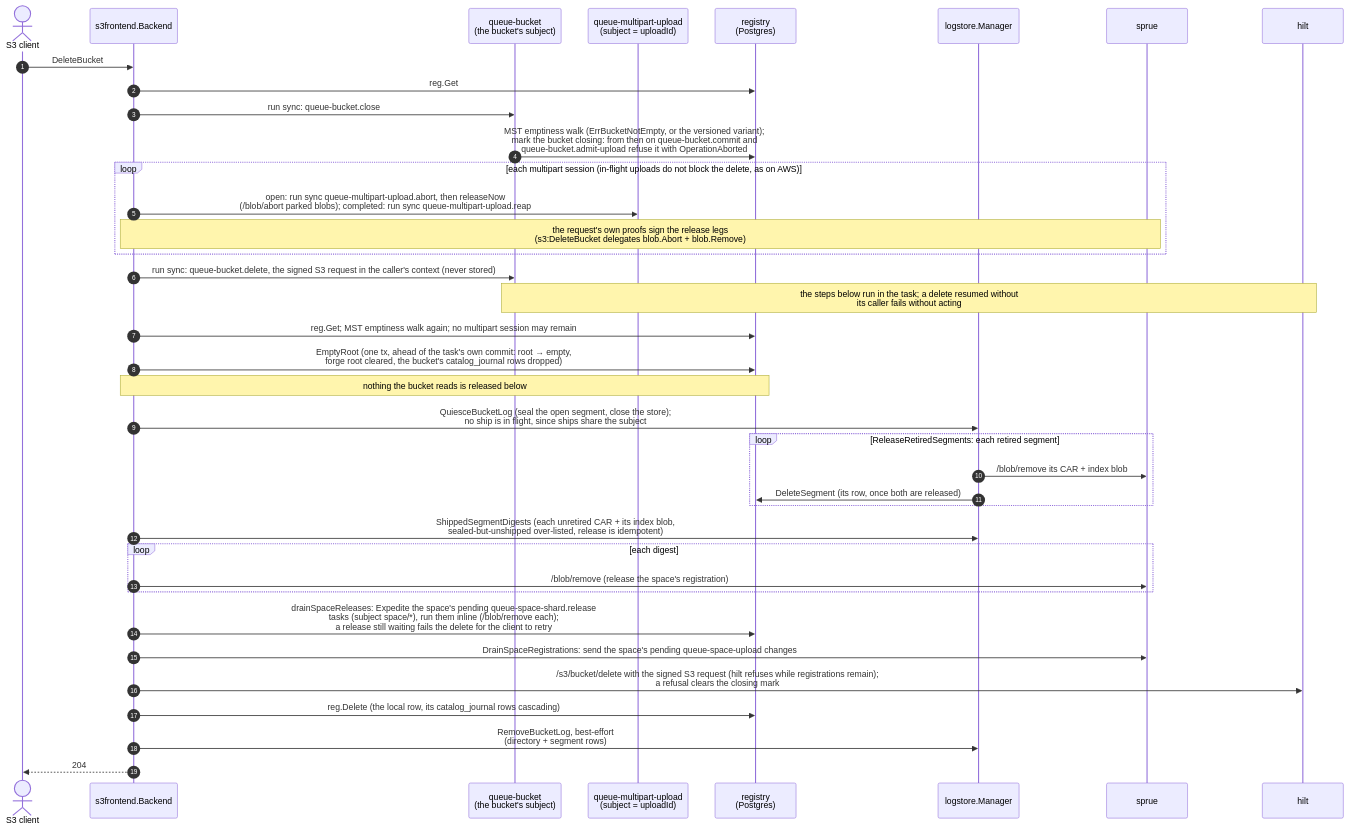
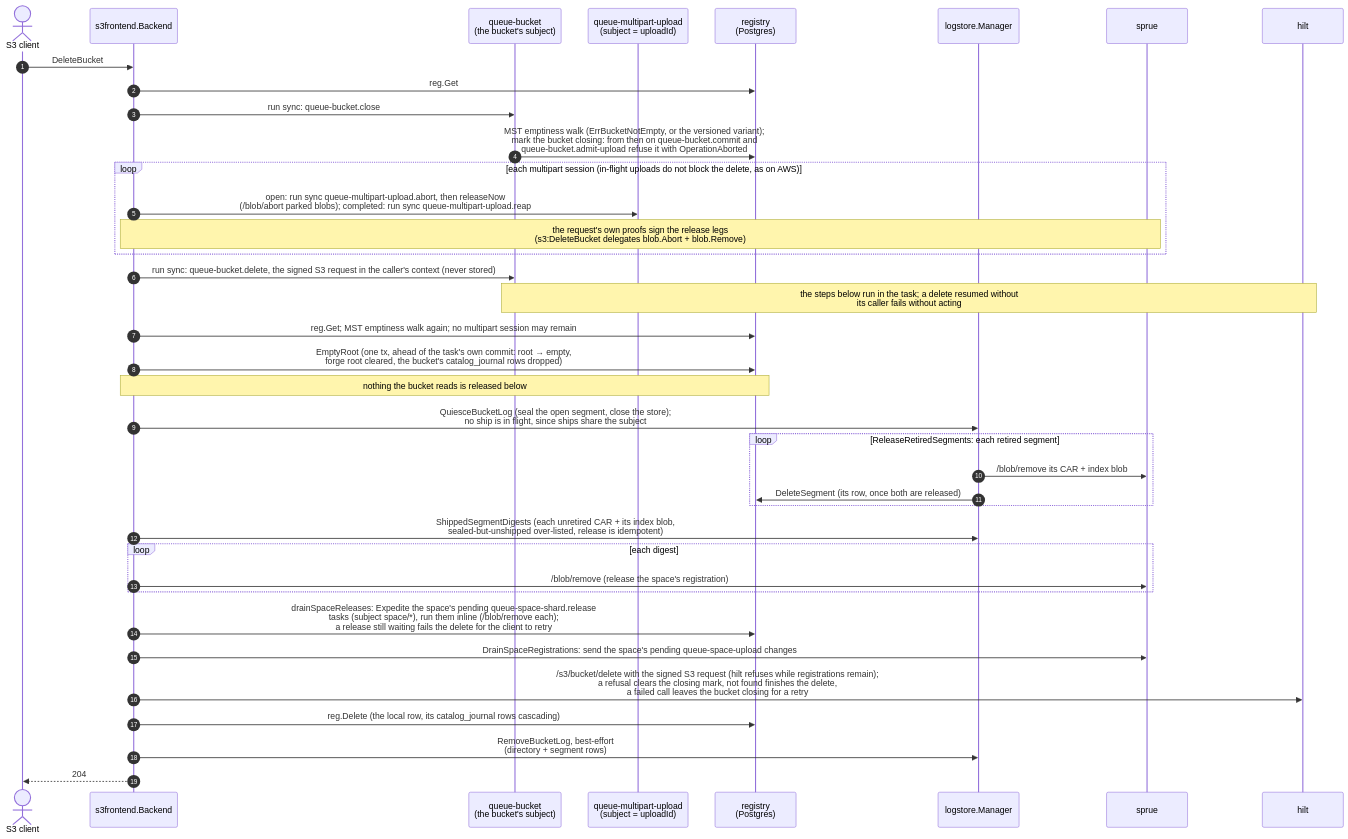
Before and after one commit to fil-forge/ingot: diagram 15 of 15 in docs/diagrams.md, drawn with Mermaid. The commit also changed 4 other files, not shown here.

First line of the commit message:
fix: DeleteBucket reopens a bucket only when Hilt refuses the delete

````diff
--- a/docs/diagrams.md
+++ b/docs/diagrams.md
@@ -1272,41 +1272,41 @@
 ```mermaid
 sequenceDiagram
     autonumber
     actor C as S3 client
     participant B as s3frontend.Backend
     participant Q as queue-bucket<br/>(the bucket's subject)
     participant M as queue-multipart-upload<br/>(subject = uploadId)
     participant R as registry<br/>(Postgres)
     participant L as logstore.Manager
     participant U as sprue
     participant H as hilt
 
     C->>B: DeleteBucket
     B->>R: reg.Get
     B->>Q: run sync: queue-bucket.close
     Q->>R: MST emptiness walk (ErrBucketNotEmpty, or the versioned variant)#59;<br/>mark the bucket closing: from then on queue-bucket.commit and<br/>queue-bucket.admit-upload refuse it with OperationAborted
     loop each multipart session (in-flight uploads do not block the delete, as on AWS)
         B->>M: open: run sync queue-multipart-upload.abort, then releaseNow<br/>(/blob/abort parked blobs)#59; completed: run sync queue-multipart-upload.reap
         Note over B,U: the request's own proofs sign the release legs<br/>(s3:DeleteBucket delegates blob.Abort + blob.Remove)
     end
     B->>Q: run sync: queue-bucket.delete, the signed S3 request in the caller's context (never stored)
     Note over Q,H: the steps below run in the task#59; a delete resumed without<br/>its caller fails without acting
     B->>R: reg.Get#59; MST emptiness walk again#59; no multipart session may remain
     B->>R: EmptyRoot (one tx, ahead of the task's own commit: root → empty,<br/>forge root cleared, the bucket's catalog_journal rows dropped)
     Note over B,R: nothing the bucket reads is released below
     B->>L: QuiesceBucketLog (seal the open segment, close the store)#59;<br/>no ship is in flight, since ships share the subject
     loop ReleaseRetiredSegments: each retired segment
         L->>U: /blob/remove its CAR + index blob
         L->>R: DeleteSegment (its row, once both are released)
     end
     B->>L: ShippedSegmentDigests (each unretired CAR + its index blob,<br/>sealed-but-unshipped over-listed, release is idempotent)
     loop each digest
         B->>U: /blob/remove (release the space's registration)
     end
     B->>R: drainSpaceReleases: Expedite the space's pending queue-space-shard.release<br/>tasks (subject space/*), run them inline (/blob/remove each)#59;<br/>a release still waiting fails the delete for the client to retry
     B->>U: DrainSpaceRegistrations: send the space's pending queue-space-upload changes
-    B->>H: /s3/bucket/delete with the signed S3 request (hilt refuses while registrations remain)#59;<br/>a refusal clears the closing mark
+    B->>H: /s3/bucket/delete with the signed S3 request (hilt refuses while registrations remain)#59;<br/>a refusal clears the closing mark, not found finishes the delete,<br/>a failed call leaves the bucket closing for a retry
     B->>R: reg.Delete (the local row, its catalog_journal rows cascading)
     B->>L: RemoveBucketLog, best-effort<br/>(directory + segment rows)
     B-->>C: 204
 ```
````
